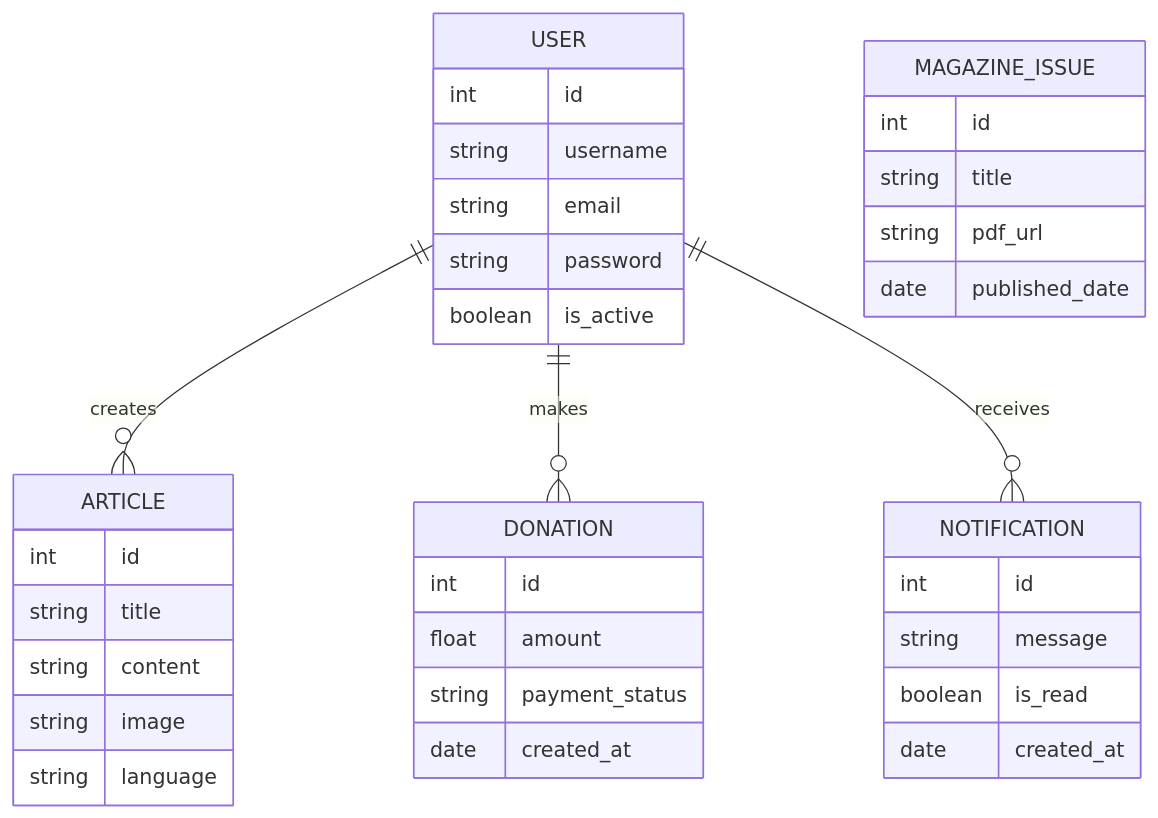
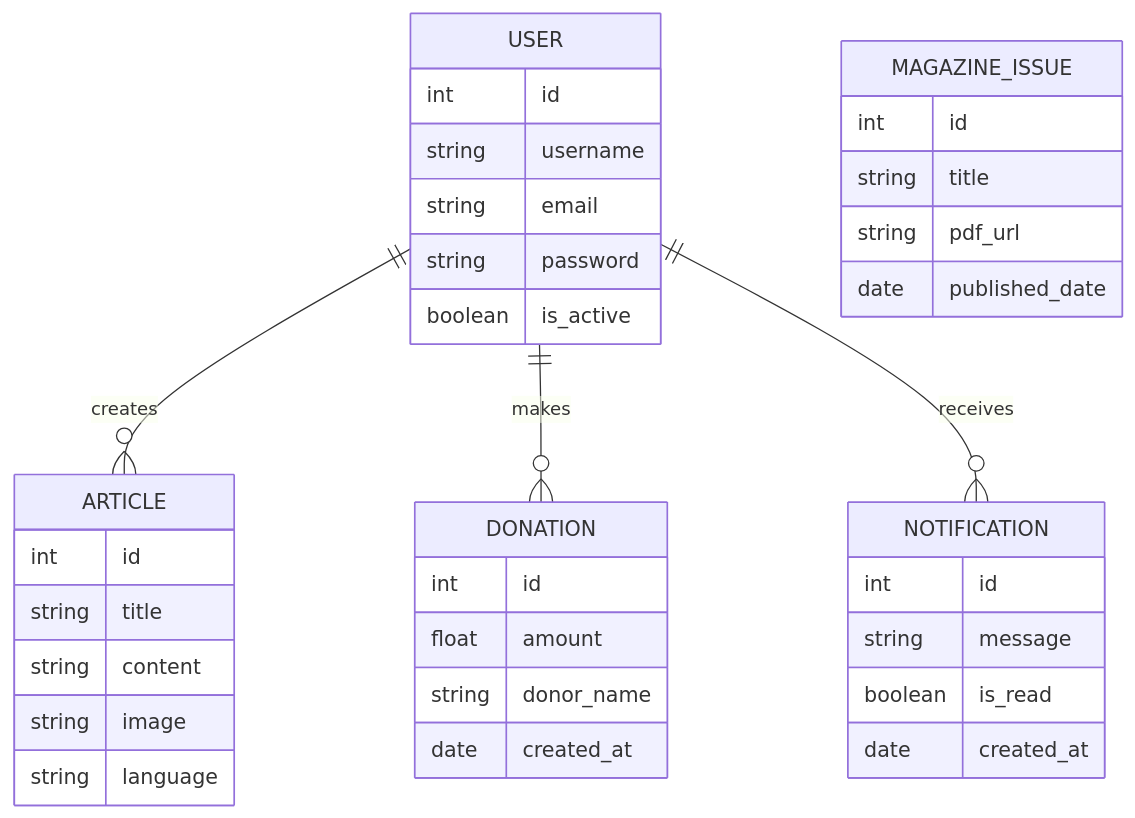
One commit to Gigi-Corlay/portfolioLionessMagazine changed the third of 4 diagrams in README.md. Above: the diagram before and after it, drawn with Mermaid. The commit also changed other lines of this file, not shown here.

````diff
--- a/README.md
+++ b/README.md
@@ -121,44 +91,44 @@
 ```mermaid
 erDiagram
 
 USER ||--o{ ARTICLE : creates
 USER ||--o{ DONATION : makes
 USER ||--o{ NOTIFICATION : receives
 
 USER {
   int id
   string username
   string email
   string password
   boolean is_active
 }
 
 ARTICLE {
   int id
   string title
   string content
   string image
   string language
 }
 
 MAGAZINE_ISSUE {
   int id
   string title
   string pdf_url
   date published_date
 }
 
 DONATION {
   int id
   float amount
-  string payment_status
+  string donor_name
   date created_at
 }
 
 NOTIFICATION {
   int id
   string message
   boolean is_read
   date created_at
 }
 ```
````
